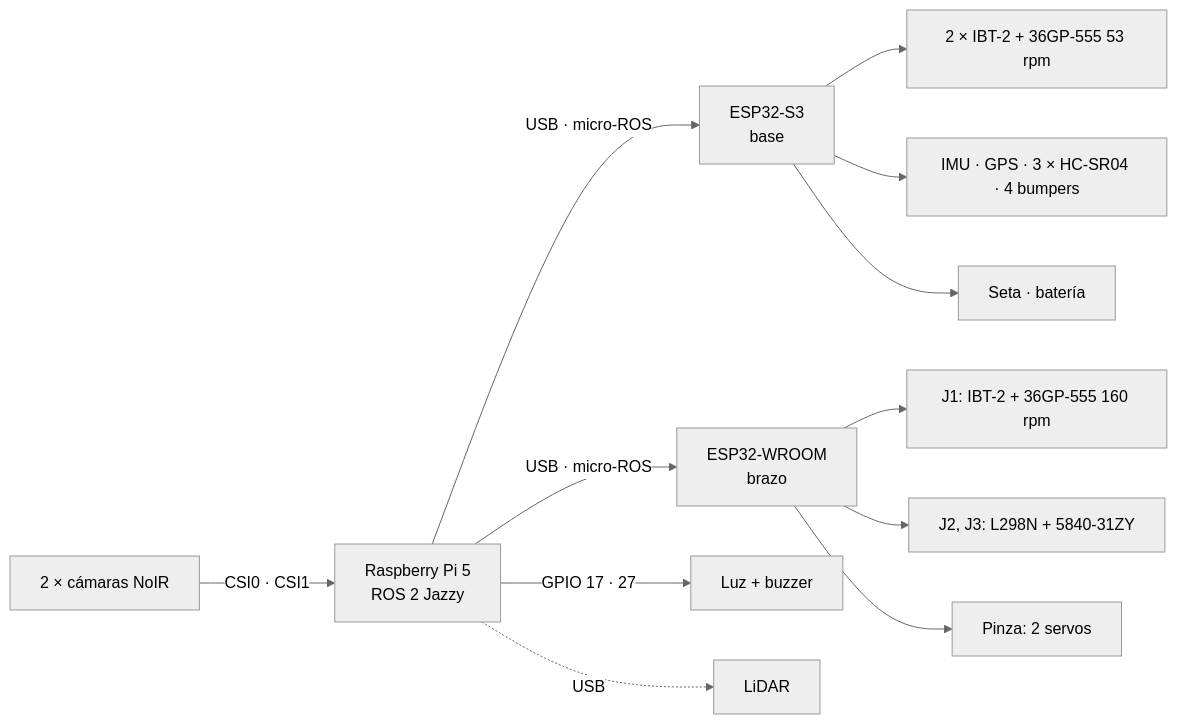
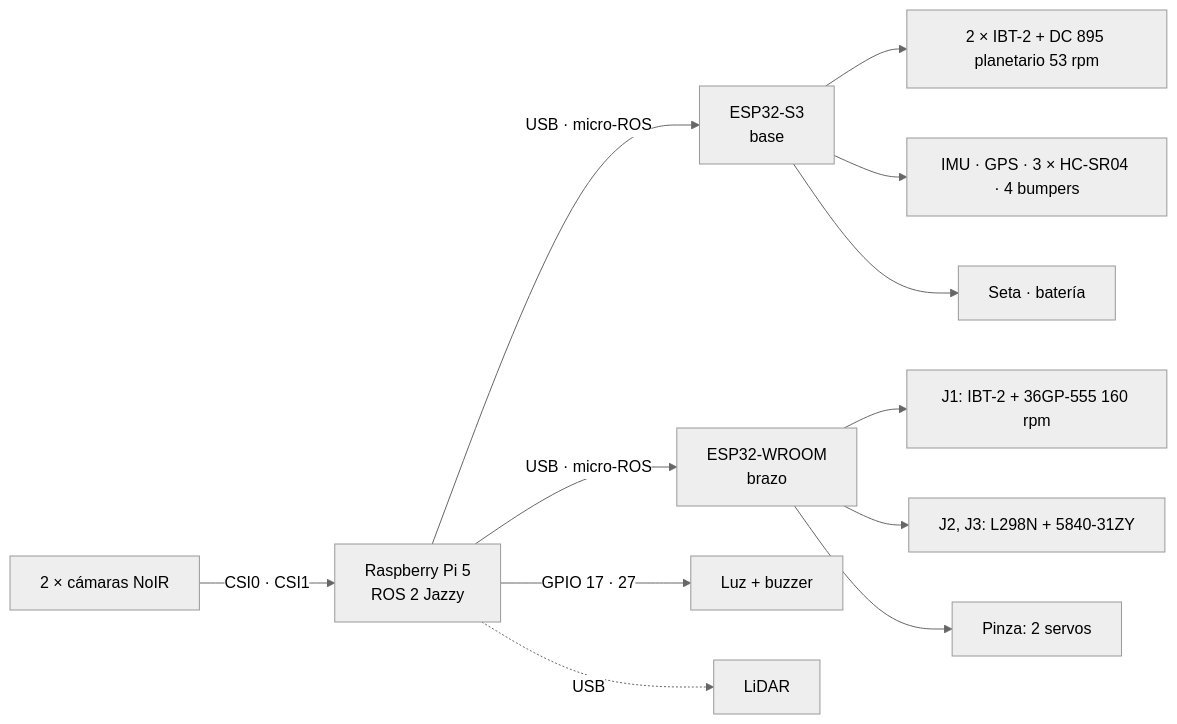
Before and after one commit to HecVelaz/recolector_de_frutas: the diagram in docs/CONEXIONES.md, drawn with Mermaid (neutral theme). The commit also changed 8 other files, not shown here.

````diff
--- a/docs/CONEXIONES.md
+++ b/docs/CONEXIONES.md
@@ -7,14 +7,14 @@
 ```mermaid
 flowchart LR
   CAM[2 × cámaras NoIR] -- CSI0 · CSI1 --> PI[Raspberry Pi 5<br/>ROS 2 Jazzy]
   PI -- USB · micro-ROS --> S3[ESP32-S3<br/>base]
   PI -- USB · micro-ROS --> WR[ESP32-WROOM<br/>brazo]
   PI -- GPIO 17 · 27 --> IND[Luz + buzzer]
   PI -. USB .-> LID[LiDAR]
-  S3 --> TR[2 × IBT-2 + 36GP-555 53 rpm]
+  S3 --> TR[2 × IBT-2 + DC 895 planetario 53 rpm]
   S3 --> SEN[IMU · GPS · 3 × HC-SR04 · 4 bumpers]
   S3 --> SEG[Seta · batería]
   WR --> J1[J1: IBT-2 + 36GP-555 160 rpm]
   WR --> J23[J2, J3: L298N + 5840-31ZY]
   WR --> PZ[Pinza: 2 servos]
 ```
````
